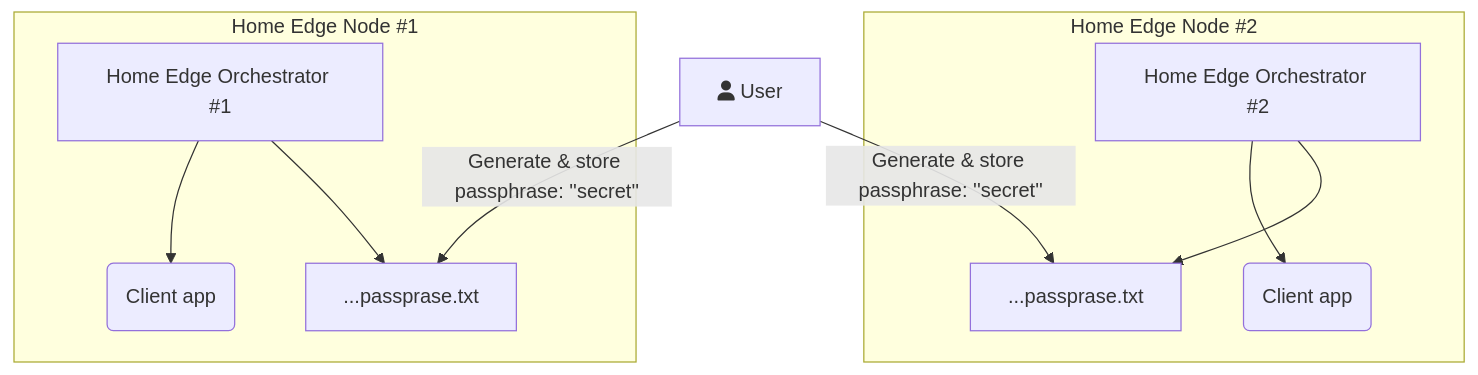
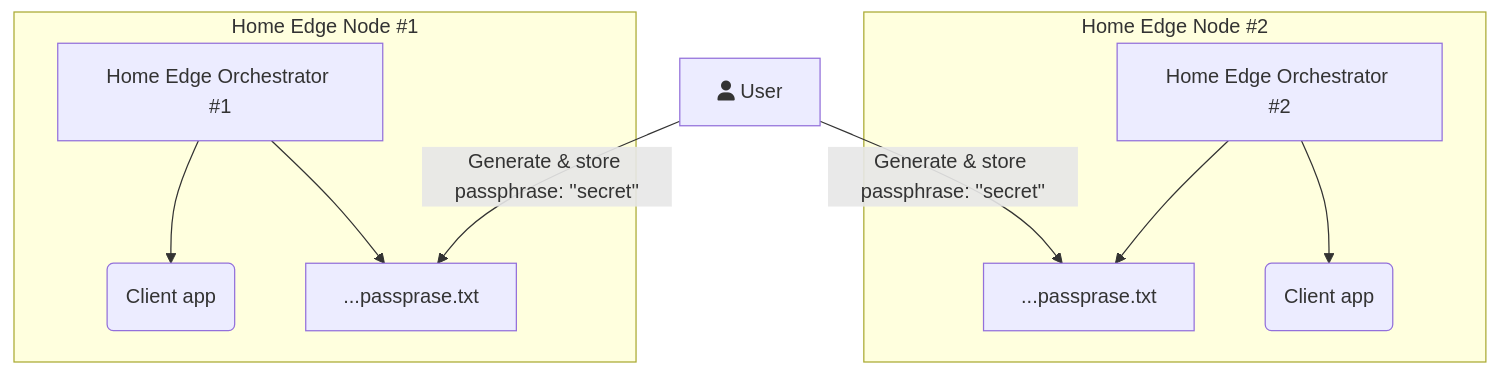
One commit to tdrozdovsky/crib changed the diagram in README.md. Above: the diagram before and after it, drawn with Mermaid. The commit also changed other lines of this file, not shown here.

````diff
--- a/README.md
+++ b/README.md
@@ -3,16 +3,16 @@
 ```mermaid
 graph TD
 	A[fa:fa-user User] -->|Generate & store passphrase: ''secret''| Storage1(Home Edge Orchestrator #1)
 	A[fa:fa-user User] -->|Generate & store passphrase: ''secret''| Storage2(Home Edge Orchestrator #2)
     
 subgraph Home Edge Node #2
+    HEO2[Home Edge Orchestrator #2]-->Storage2[...passprase.txt]
     HEO2[Home Edge Orchestrator #2]-->CAPP2(Client app)
-    HEO2[Home Edge Orchestrator #2]-->Storage2[...passprase.txt]
 end	
 
 subgraph Home Edge Node #1
     HEO1[Home Edge Orchestrator #1]-->CAPP1(Client app)
     HEO1[Home Edge Orchestrator #1]-->Storage1[...passprase.txt]
 end	
 
 ```
````
